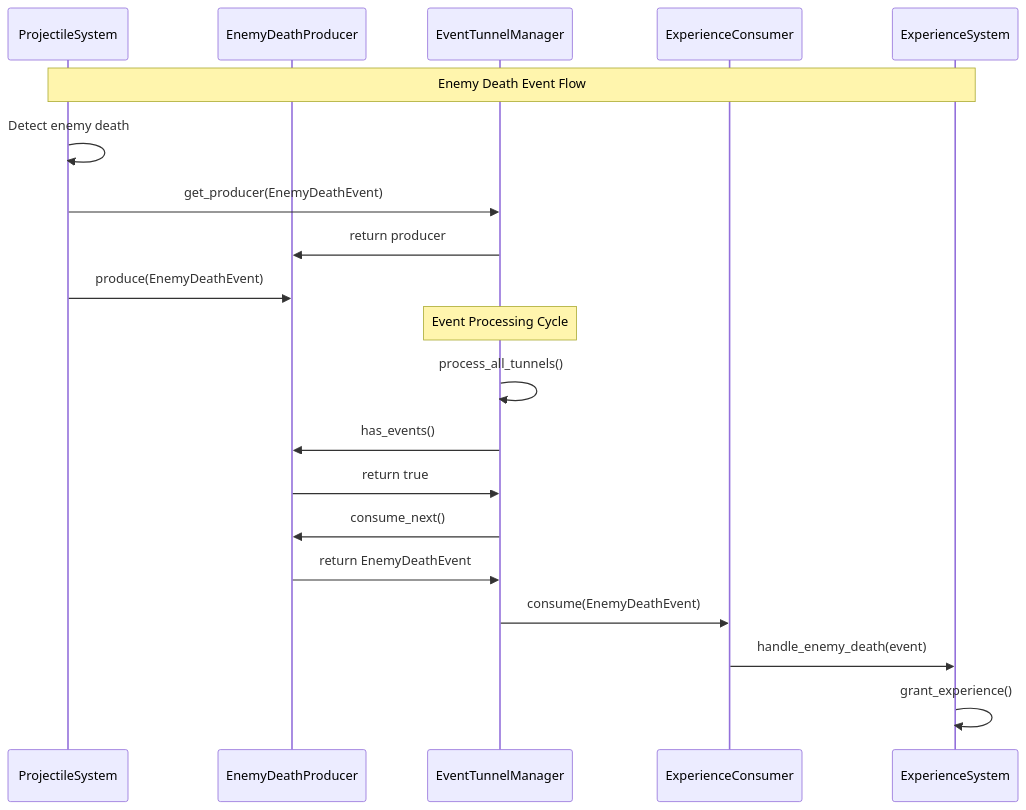
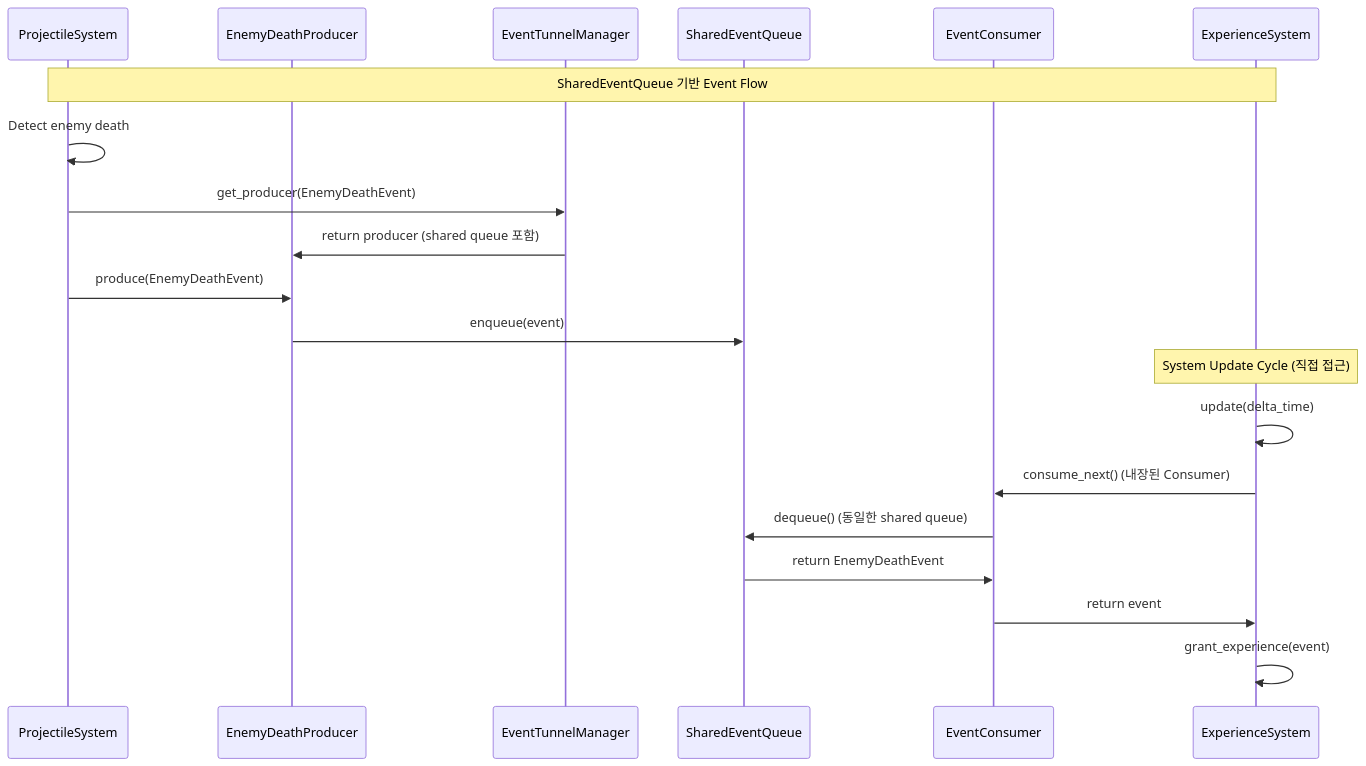
The second of 6 diagrams in docs/design2.md (TakSung/AfterSchoolSurvivorsForTakgyun), drawn with Mermaid before and after one commit. The commit also changed other lines of this file, not shown here.

````diff
--- a/docs/design2.md
+++ b/docs/design2.md
@@ -142,25 +146,25 @@
 ```mermaid
 sequenceDiagram
     participant PS as ProjectileSystem
     participant P as EnemyDeathProducer
     participant ETM as EventTunnelManager
-    participant C as ExperienceConsumer
+    participant SQ as SharedEventQueue
+    participant C as EventConsumer
     participant ES as ExperienceSystem
 
-    Note over PS,ES: Enemy Death Event Flow
+    Note over PS,ES: SharedEventQueue 기반 Event Flow
     
     PS->>PS: Detect enemy death
     PS->>ETM: get_producer(EnemyDeathEvent)
-    ETM->>P: return producer
+    ETM->>P: return producer (shared queue 포함)
     PS->>P: produce(EnemyDeathEvent)
+    P->>SQ: enqueue(event)
     
-    Note over ETM: Event Processing Cycle
-    ETM->>ETM: process_all_tunnels()
-    ETM->>P: has_events()
-    P->>ETM: return true
-    ETM->>P: consume_next()
-    P->>ETM: return EnemyDeathEvent
-    ETM->>C: consume(EnemyDeathEvent)
-    C->>ES: handle_enemy_death(event)
-    ES->>ES: grant_experience()
+    Note over ES: System Update Cycle (직접 접근)
+    ES->>ES: update(delta_time)
+    ES->>C: consume_next() (내장된 Consumer)
+    C->>SQ: dequeue() (동일한 shared queue)
+    SQ->>C: return EnemyDeathEvent
+    C->>ES: return event
+    ES->>ES: grant_experience(event)
 ```
````
